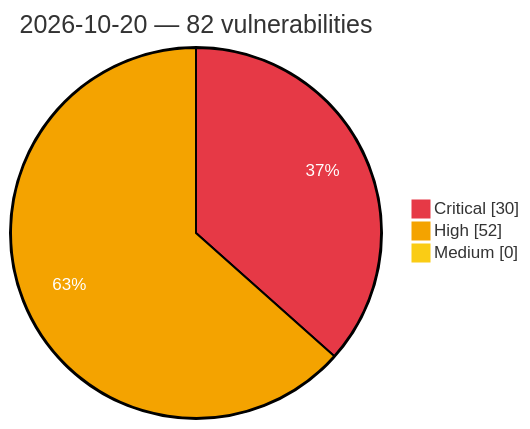
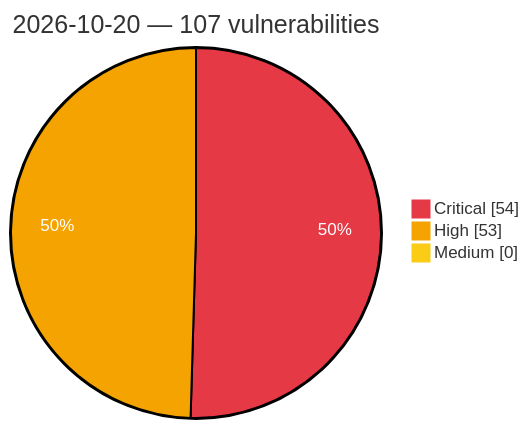
One commit to GhostX0X/vuln-tracker changed the diagram in vulnerabilities/2026/October/2026-10-20.md. Above: the diagram before and after it, drawn with Mermaid. The commit also changed other lines of this file and 5 other files, not shown here.

Commit message:
Auto update: critical/high vulns (2026-10-20 23:56 UTC)

````diff
--- a/vulnerabilities/2026/October/2026-10-20.md
+++ b/vulnerabilities/2026/October/2026-10-20.md
@@ -3,8 +3,8 @@
 ```mermaid
 %%{init: {'theme':'base', 'themeVariables': {'pie1':'#e63946', 'pie2':'#f4a300', 'pie3':'#facc15', 'pieOpacity':'1', 'pieOuterStrokeWidth':'2px', 'pieSectionTextColor':'#ffffff'}}}%%
 pie showData
-    title 2026-10-20 — 82 vulnerabilities
-    "Critical" : 30
-    "High" : 52
+    title 2026-10-20 — 107 vulnerabilities
+    "Critical" : 54
+    "High" : 53
     "Medium" : 0
 ```
````
